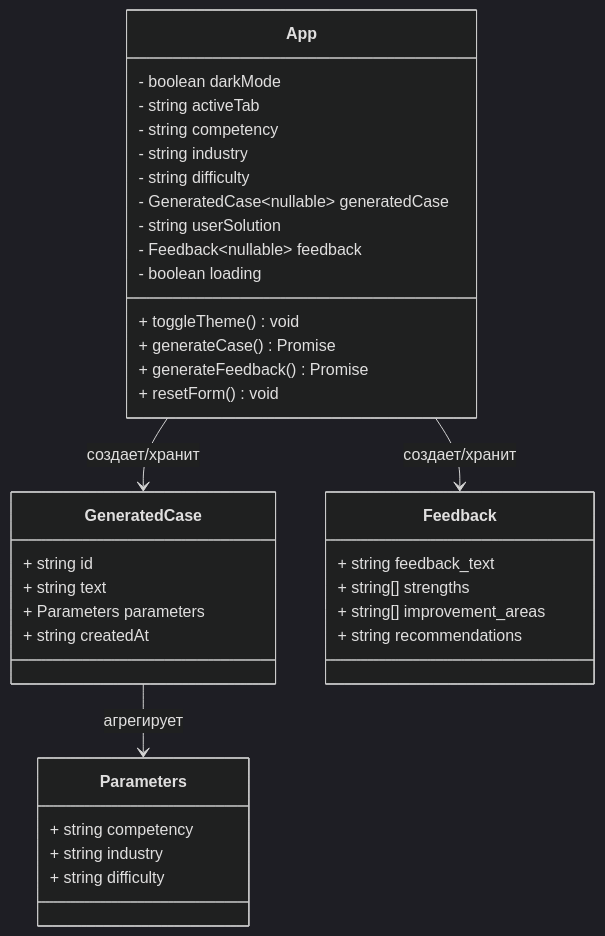
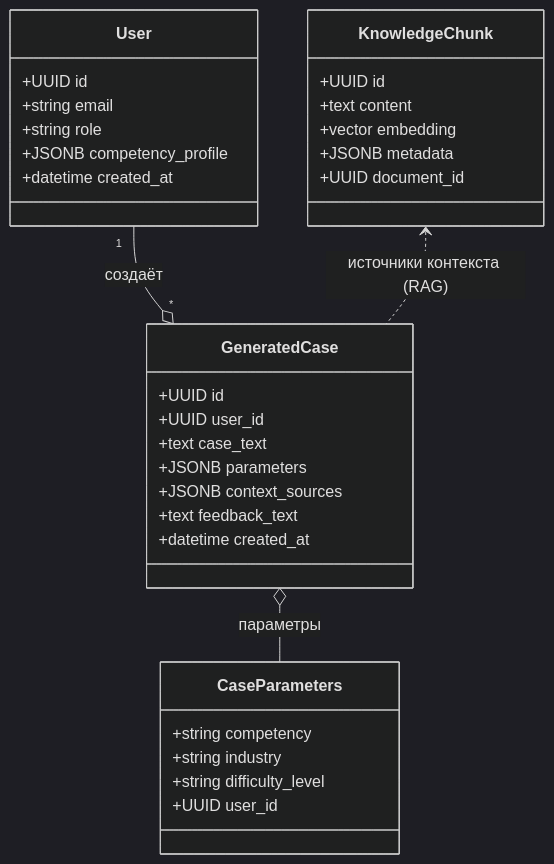
One commit to ananasDDA/fundamentals_of_software_engineering changed the second of 5 diagrams in ПРАКТИЧЕСКАЯ РАБОТА №2.md. Above: the diagram before and after it, drawn with Mermaid (dark theme). The commit also changed other lines of this file, not shown here.

````diff
--- a/ПРАКТИЧЕСКАЯ РАБОТА №2.md
+++ b/ПРАКТИЧЕСКАЯ РАБОТА №2.md
@@ -32,42 +33,39 @@
 ```mermaid
 classDiagram
-  class App {
-    - boolean darkMode
-    - string activeTab
-    - string competency
-    - string industry
-    - string difficulty
-    - GeneratedCase~nullable~ generatedCase
-    - string userSolution
-    - Feedback~nullable~ feedback
-    - boolean loading
-    + toggleTheme() void
-    + generateCase() Promise<void>
-    + generateFeedback() Promise<void>
-    + resetForm() void
+  class User {
+    +UUID id
+    +string email
+    +string role
+    +JSONB competency_profile
+    +datetime created_at
+  }
+
+  class KnowledgeChunk {
+    +UUID id
+    +text content
+    +vector embedding
+    +JSONB metadata
+    +UUID document_id
+  }
+
+  class CaseParameters {
+    +string competency
+    +string industry
+    +string difficulty_level
+    +UUID user_id
   }
 
   class GeneratedCase {
-    + string id
-    + string text
-    + Parameters parameters
-    + string createdAt
+    +UUID id
+    +UUID user_id
+    +text case_text
+    +JSONB parameters
+    +JSONB context_sources
+    +text feedback_text
+    +datetime created_at
   }
 
-  class Parameters {
-    + string competency
-    + string industry
-    + string difficulty
-  }
-
-  class Feedback {
-    + string feedback_text
-    + string[] strengths
-    + string[] improvement_areas
-    + string recommendations
-  }
-
-  App --> GeneratedCase : создает/хранит
-  App --> Feedback : создает/хранит
-  GeneratedCase --> Parameters : агрегирует
+  User "1" --o "*" GeneratedCase : создаёт
+  GeneratedCase o-- CaseParameters : параметры
+  KnowledgeChunk <.. GeneratedCase : источники контекста (RAG)
 ```
````
